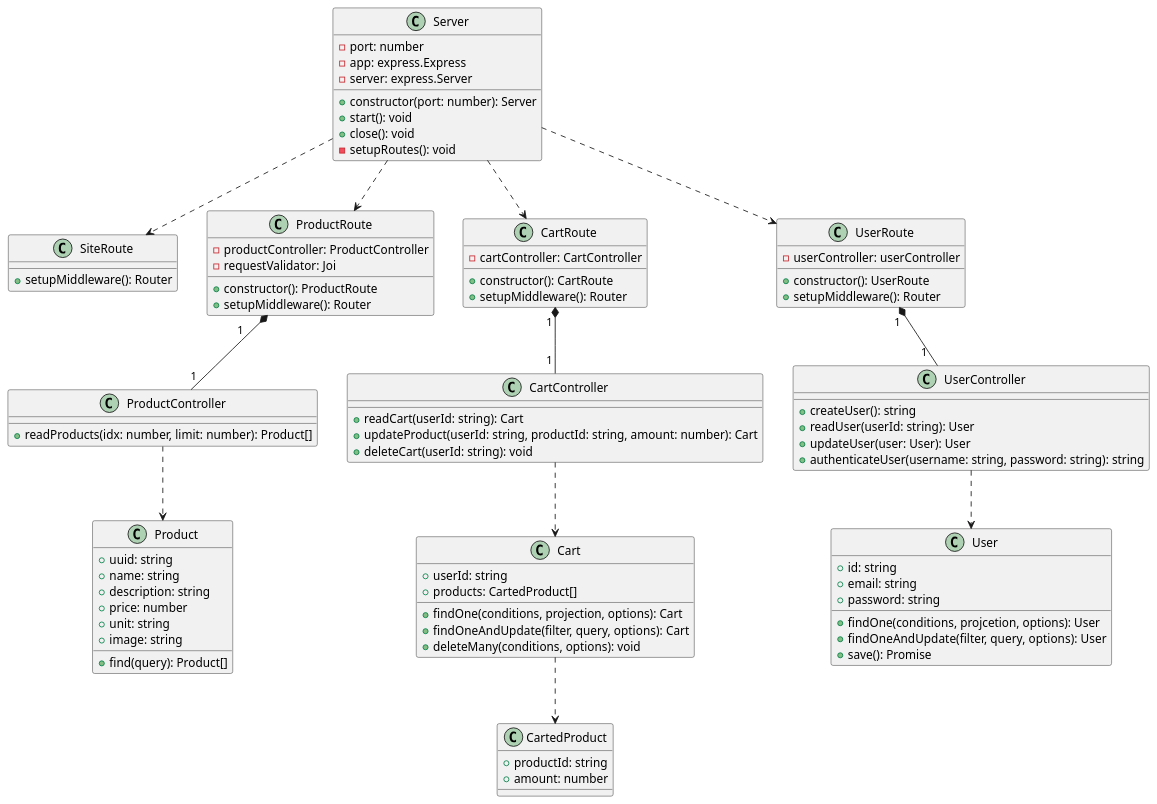
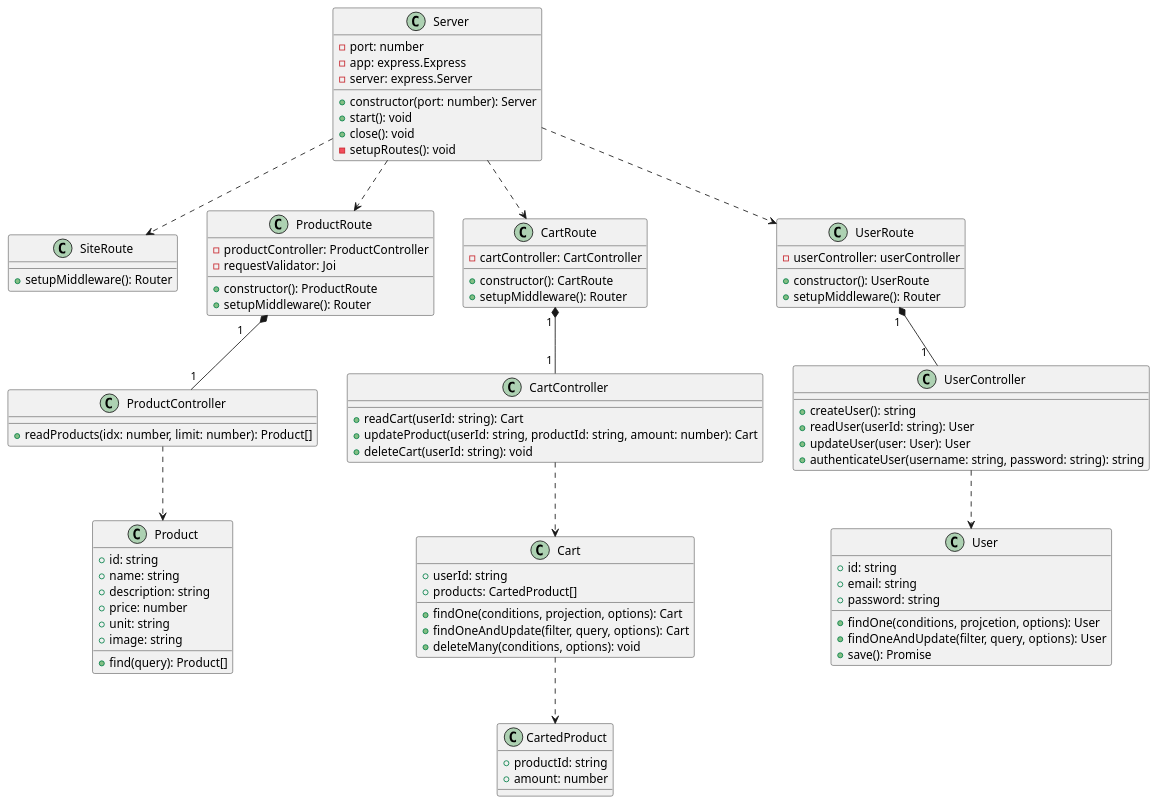
The diagram in diagram/class-diagram.puml (sofush/grontsag), drawn with PlantUML before and after one commit. The commit also changed 3 other files, not shown here.

```diff
--- a/diagram/class-diagram.puml
+++ b/diagram/class-diagram.puml
@@ -1,100 +1,100 @@
 @startuml class diagram
 scale 1920*1080
 
 ' Classes
 class Server {
   - port: number
   - app: express.Express
   - server: express.Server
   + constructor(port: number): Server
   + start(): void
   + close(): void
   - setupRoutes(): void
 }
 class SiteRoute {
   + setupMiddleware(): Router
 }
 
 ' Classes - Product
 class ProductRoute {
   - productController: ProductController
   - requestValidator: Joi
   + constructor(): ProductRoute
   + setupMiddleware(): Router
 }
 class ProductController {
   + readProducts(idx: number, limit: number): Product[]
 }
 class Product {
-  + uuid: string
+  + id: string
   + name: string
   + description: string
   + price: number
   + unit: string
   + image: string
   + find(query): Product[]
 }
 
 ' Classes - Cart
 class CartRoute {
   - cartController: CartController
   + constructor(): CartRoute
   + setupMiddleware(): Router
 }
 class CartController {
   + readCart(userId: string): Cart
   + updateProduct(userId: string, productId: string, amount: number): Cart
   + deleteCart(userId: string): void
 }
 class Cart {
   + userId: string
   + products: CartedProduct[]
   + findOne(conditions, projection, options): Cart
   + findOneAndUpdate(filter, query, options): Cart
   + deleteMany(conditions, options): void
 }
 class CartedProduct {
   + productId: string
   + amount: number
 }
 
 ' Classes - User
 class UserRoute {
   - userController: userController
   + constructor(): UserRoute
   + setupMiddleware(): Router
 }
 class UserController {
   + createUser(): string
   + readUser(userId: string): User
   + updateUser(user: User): User
   + authenticateUser(username: string, password: string): string
 }
 class User {
   + id: string
   + email: string
   + password: string
   + findOne(conditions, projcetion, options): User
   + findOneAndUpdate(filter, query, options): User
   + save(): Promise
 }
 
 ' Relationships from Server to routes
 Server ..> ProductRoute
 Server ..> CartRoute
 Server ..> SiteRoute
 Server ..> UserRoute
 
 ' Relationships from routes to controllers
 ProductRoute "1\t" *-- "1" ProductController
 CartRoute "1 " *-- "1 " CartController
 UserRoute "1 " *-- "1  " UserController
 
 ' Relationships from controllers to models
 ProductController ..> Product
 CartController ..> Cart
 UserController ..> User
 
 ' Relationships between models
 Cart ..> CartedProduct
 @enduml
```
